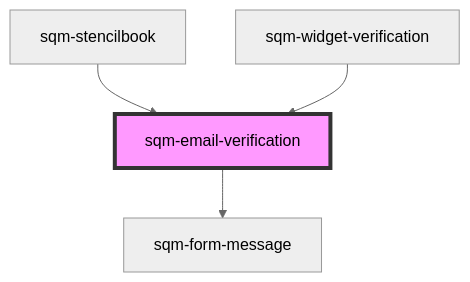
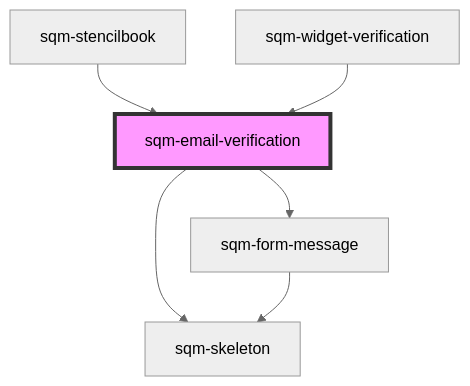
Before and after one commit to saasquatch/program-tools: the diagram in packages/mint-components/src/components/sqm-widget-verification/sqm-email-verification/readme.md, drawn with Mermaid (neutral theme). The commit also changed other lines of this file and 28 other files, not shown here.

````diff
--- a/packages/mint-components/src/components/sqm-widget-verification/sqm-email-verification/readme.md
+++ b/packages/mint-components/src/components/sqm-widget-verification/sqm-email-verification/readme.md
@@ -34,7 +35,9 @@
 ```mermaid
 graph TD;
+  sqm-email-verification --> sqm-skeleton
   sqm-email-verification --> sqm-form-message
+  sqm-form-message --> sqm-skeleton
   sqm-stencilbook --> sqm-email-verification
   sqm-widget-verification --> sqm-email-verification
   style sqm-email-verification fill:#f9f,stroke:#333,stroke-width:4px
 ```
````
